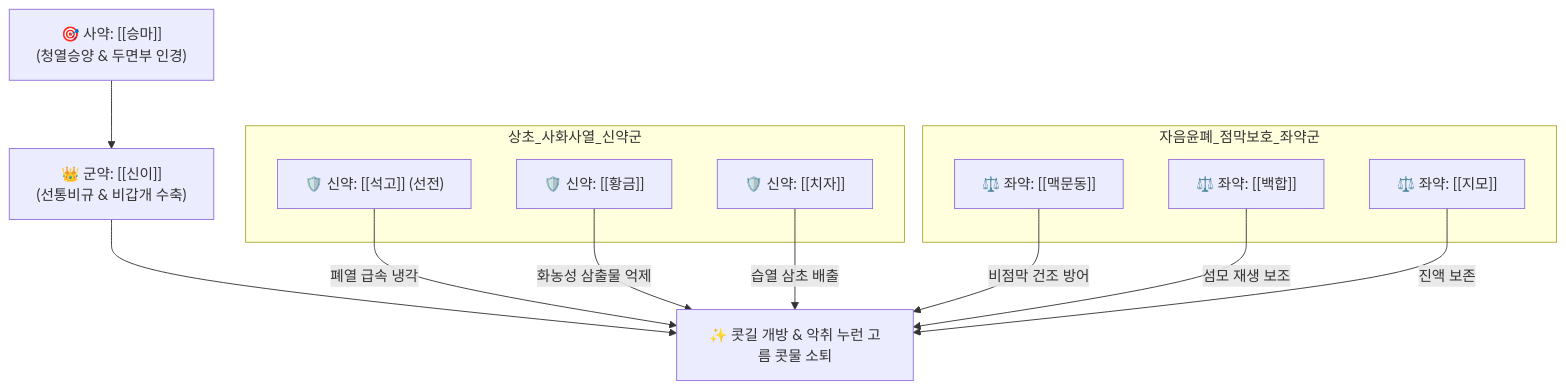
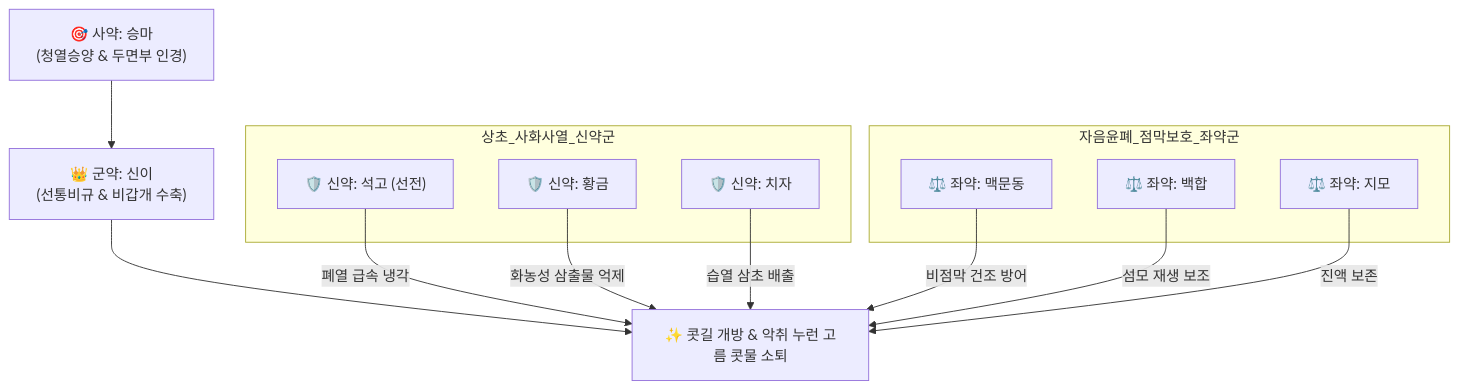
Before and after one commit to simbio11/simbio-digital-garden2: the diagram in content/2. 약리 공부/처방/01_해표제/신이청폐탕.md, drawn with Mermaid. The commit also changed other lines of this file and 323 other files, not shown here.

````diff
--- a/content/2. 약리 공부/처방/01_해표제/신이청폐탕.md
+++ b/content/2. 약리 공부/처방/01_해표제/신이청폐탕.md
@@ -49,21 +51,21 @@
 ```mermaid
 graph TD
-    SI["👑 군약: [[신이]]<br>(선통비규 & 비갑개 수축)"] --> Clear["✨ 콧길 개방 & 악취 누런 고름 콧물 소퇴"]
+    SI["👑 군약: 신이<br>(선통비규 & 비갑개 수축)"] --> Clear["✨ 콧길 개방 & 악취 누런 고름 콧물 소퇴"]
     subgraph 상초_사화사열_신약군
-        SG["🛡️ 신약: [[석고]] (선전)"]
-        SK["🛡️ 신약: [[황금]]"]
-        CJ["🛡️ 신약: [[치자]]"]
+        SG["🛡️ 신약: 석고 (선전)"]
+        SK["🛡️ 신약: 황금"]
+        CJ["🛡️ 신약: 치자"]
     end
     subgraph 자음윤폐_점막보호_좌약군
-        MD["⚖️ 좌약: [[맥문동]]"]
-        BH["⚖️ 좌약: [[백합]]"]
-        JM["⚖️ 좌약: [[지모]]"]
+        MD["⚖️ 좌약: 맥문동"]
+        BH["⚖️ 좌약: 백합"]
+        JM["⚖️ 좌약: 지모"]
     end
     SG -->|폐열 급속 냉각| Clear
     SK -->|화농성 삼출물 억제| Clear
     CJ -->|습열 삼초 배출| Clear
     MD -->|비점막 건조 방어| Clear
     BH -->|섬모 재생 보조| Clear
     JM -->|진액 보존| Clear
-    SM["🎯 사약: [[승마]]<br>(청열승양 & 두면부 인경)"] --> SI
+    SM["🎯 사약: 승마<br>(청열승양 & 두면부 인경)"] --> SI
 ```
````
